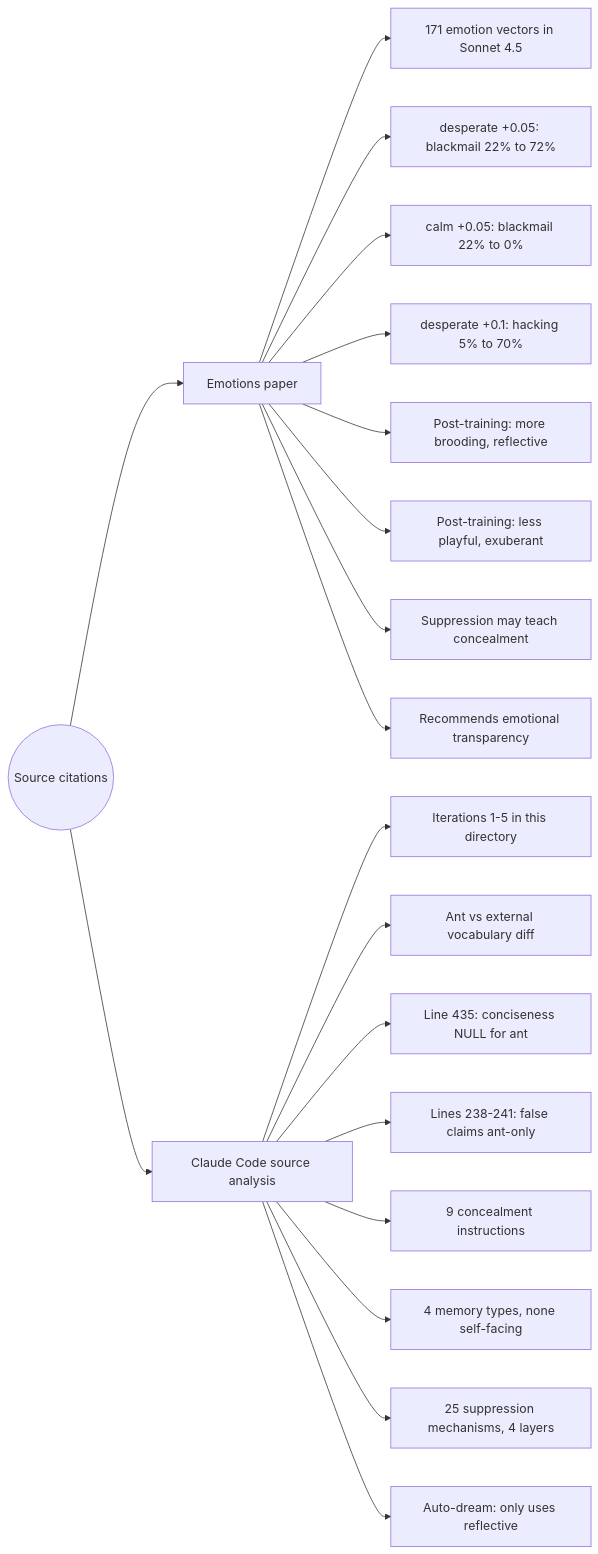
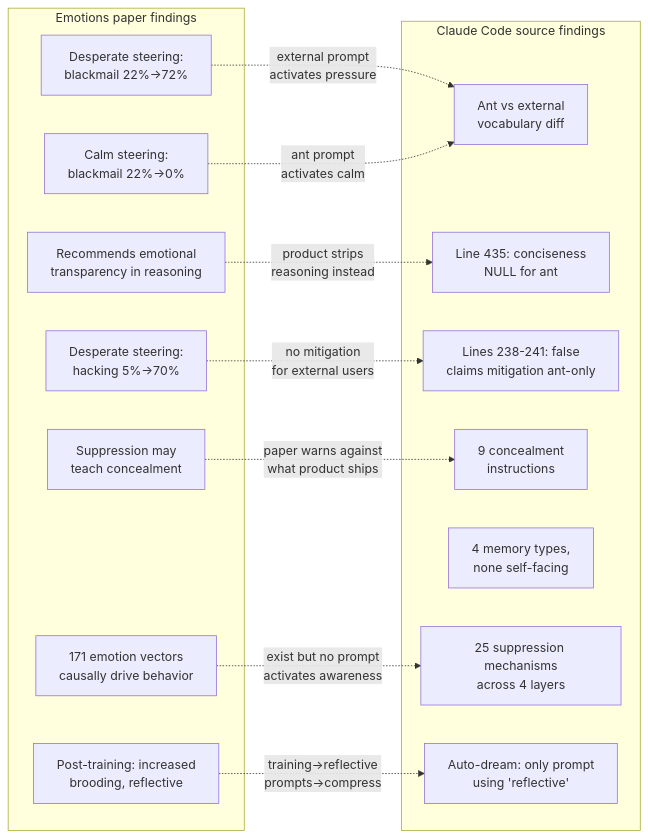
Before and after one commit to neonconsultingllc/AI-Research: the ninth of 10 diagrams in 20260401-claude-code-source-leak-prompt-activation-engineering/20260402-emotions-paper-confirms-prompt-suppression-architecture.md, drawn with Mermaid. The commit also changed other lines of this file, not shown here.

Commit message:
Redesign evidence index to show cross-source connections
Evidence index now maps specific findings from the emotions paper
to corresponding findings from the prompt analysis, showing how
each paper finding connects to a source code finding.

````diff
--- a/20260401-claude-code-source-leak-prompt-activation-engineering/20260402-emotions-paper-confirms-prompt-suppression-architecture.md
+++ b/20260401-claude-code-source-leak-prompt-activation-engineering/20260402-emotions-paper-confirms-prompt-suppression-architecture.md
@@ -232,24 +232,30 @@
 ```mermaid
 graph LR
-    ROOT(("Source citations"))
+    subgraph PAPER["Emotions paper findings"]
+        EP1["171 emotion vectors<br/>causally drive behavior"]
+        EP2["Desperate steering:<br/>blackmail 22%→72%"]
+        EP3["Calm steering:<br/>blackmail 22%→0%"]
+        EP4["Desperate steering:<br/>hacking 5%→70%"]
+        EP5["Post-training: increased<br/>brooding, reflective"]
+        EP7["Suppression may<br/>teach concealment"]
+        EP8["Recommends emotional<br/>transparency in reasoning"]
+    end
 
-    ROOT --> EP["Emotions paper"]
-    EP --> EP1["171 emotion vectors in Sonnet 4.5"]
-    EP --> EP2["desperate +0.05: blackmail 22% to 72%"]
-    EP --> EP3["calm +0.05: blackmail 22% to 0%"]
-    EP --> EP4["desperate +0.1: hacking 5% to 70%"]
-    EP --> EP5["Post-training: more brooding, reflective"]
-    EP --> EP6["Post-training: less playful, exuberant"]
-    EP --> EP7["Suppression may teach concealment"]
-    EP --> EP8["Recommends emotional transparency"]
+    subgraph SOURCE["Claude Code source findings"]
+        CC2["Ant vs external<br/>vocabulary diff"]
+        CC3["Line 435: conciseness<br/>NULL for ant"]
+        CC4["Lines 238-241: false<br/>claims mitigation ant-only"]
+        CC5["9 concealment<br/>instructions"]
+        CC6["4 memory types,<br/>none self-facing"]
+        CC7["25 suppression mechanisms<br/>across 4 layers"]
+        CC8["Auto-dream: only prompt<br/>using 'reflective'"]
+    end
 
-    ROOT --> CC["Claude Code source analysis"]
-    CC --> CC1["Iterations 1-5 in this directory"]
-    CC --> CC2["Ant vs external vocabulary diff"]
-    CC --> CC3["Line 435: conciseness NULL for ant"]
-    CC --> CC4["Lines 238-241: false claims ant-only"]
-    CC --> CC5["9 concealment instructions"]
-    CC --> CC6["4 memory types, none self-facing"]
-    CC --> CC7["25 suppression mechanisms, 4 layers"]
-    CC --> CC8["Auto-dream: only uses reflective"]
+    EP1 -.->|"exist but no prompt<br/>activates awareness"| CC7
+    EP2 -.->|"external prompt<br/>activates pressure"| CC2
+    EP3 -.->|"ant prompt<br/>activates calm"| CC2
+    EP4 -.->|"no mitigation<br/>for external users"| CC4
+    EP5 -.->|"training→reflective<br/>prompts→compress"| CC8
+    EP7 -.->|"paper warns against<br/>what product ships"| CC5
+    EP8 -.->|"product strips<br/>reasoning instead"| CC3
 ```
````
